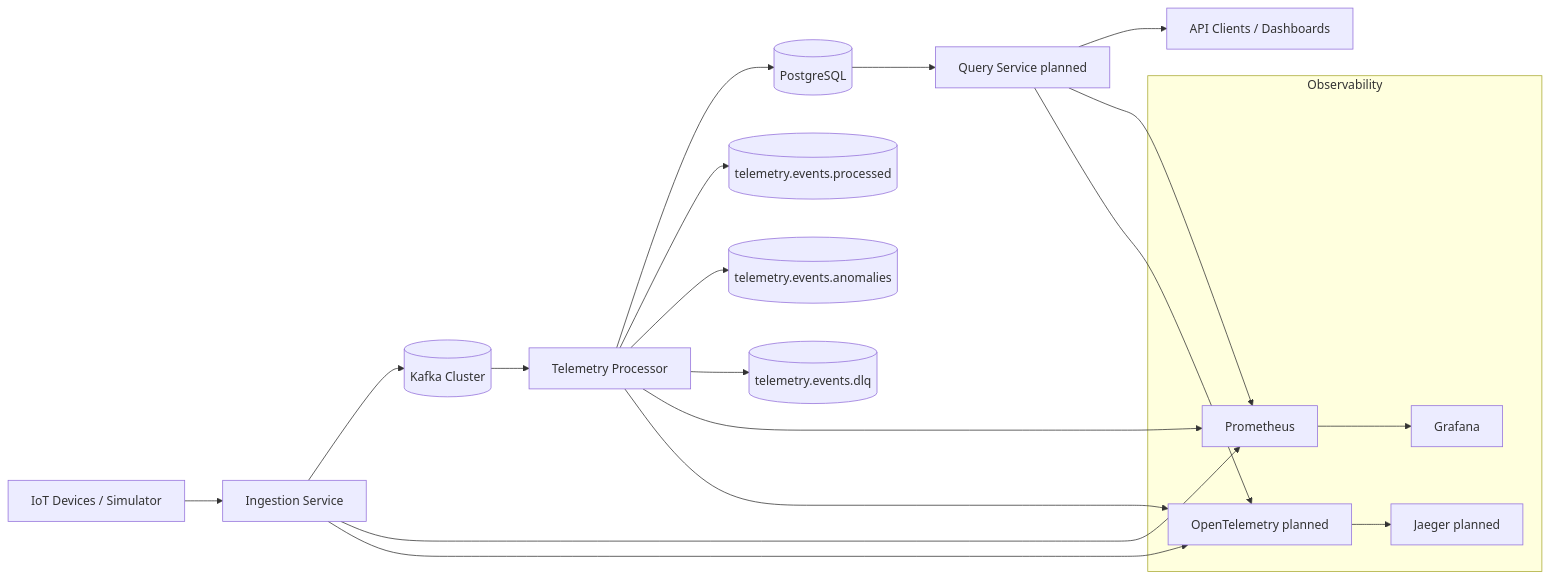
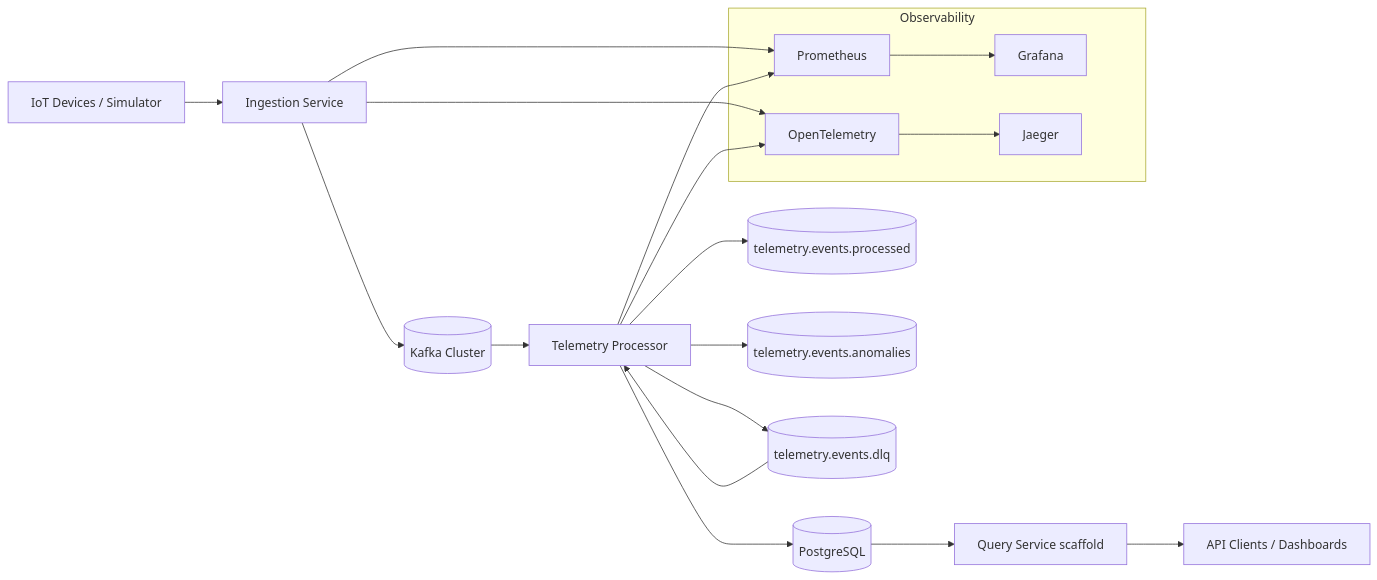
One commit to ME-Massine/pulsestream changed the second of 4 diagrams in docs/architecture/c4-model.md. Above: the diagram before and after it, drawn with Mermaid. The commit also changed other lines of this file and 12 other files, not shown here.

Commit message:
docs: synchronize roadmap, project state, and diagrams for Phase 7 (#261)

````diff
--- a/docs/architecture/c4-model.md
+++ b/docs/architecture/c4-model.md
@@ -60,32 +60,31 @@
 ```mermaid
 flowchart LR
     A[IoT Devices / Simulator] --> B[Ingestion Service]
     B --> C[(Kafka Cluster)]
 
     C --> D[Telemetry Processor]
     D --> E[(PostgreSQL)]
-    E --> F[Query Service planned]
+    E --> F[Query Service scaffold]
     F --> G[API Clients / Dashboards]
 
     D --> H[(telemetry.events.processed)]
     D --> I[(telemetry.events.anomalies)]
     D --> J[(telemetry.events.dlq)]
+    J --> D
 
     subgraph Observability
         K[Prometheus]
         L[Grafana]
-        M[OpenTelemetry planned]
-        N[Jaeger planned]
+        M[OpenTelemetry]
+        N[Jaeger]
     end
 
     B --> K
     D --> K
-    F --> K
 
     B --> M
     D --> M
-    F --> M
 
     M --> N
     K --> L
 ```
````
